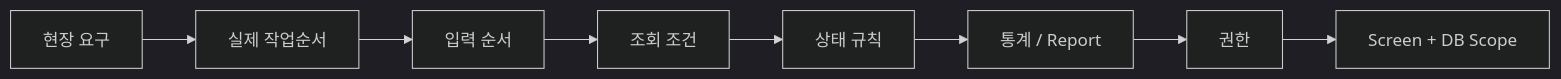
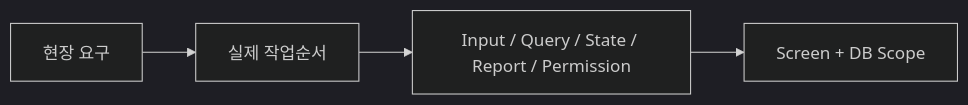
Before and after one commit to tomtomjskim/jsnetworkcorp-portfolio: the fourth of 6 diagrams in PORTFOLIO-AX.md, drawn with Mermaid (dark theme). The commit also changed other lines of this file and 5 other files, not shown here.

First line of the commit message:
portfolio: compact AX diagrams after visual QA

````diff
--- a/PORTFOLIO-AX.md
+++ b/PORTFOLIO-AX.md
@@ -95,10 +85,6 @@
 ```mermaid
 flowchart LR
     F[현장 요구] --> W[실제 작업순서]
-    W --> I[입력 순서]
-    I --> Q[조회 조건]
-    Q --> S[상태 규칙]
-    S --> R[통계 / Report]
-    R --> P[권한]
-    P --> B[Screen + DB Scope]
+    W --> C[Input / Query / State / Report / Permission]
+    C --> B[Screen + DB Scope]
 ```
````
